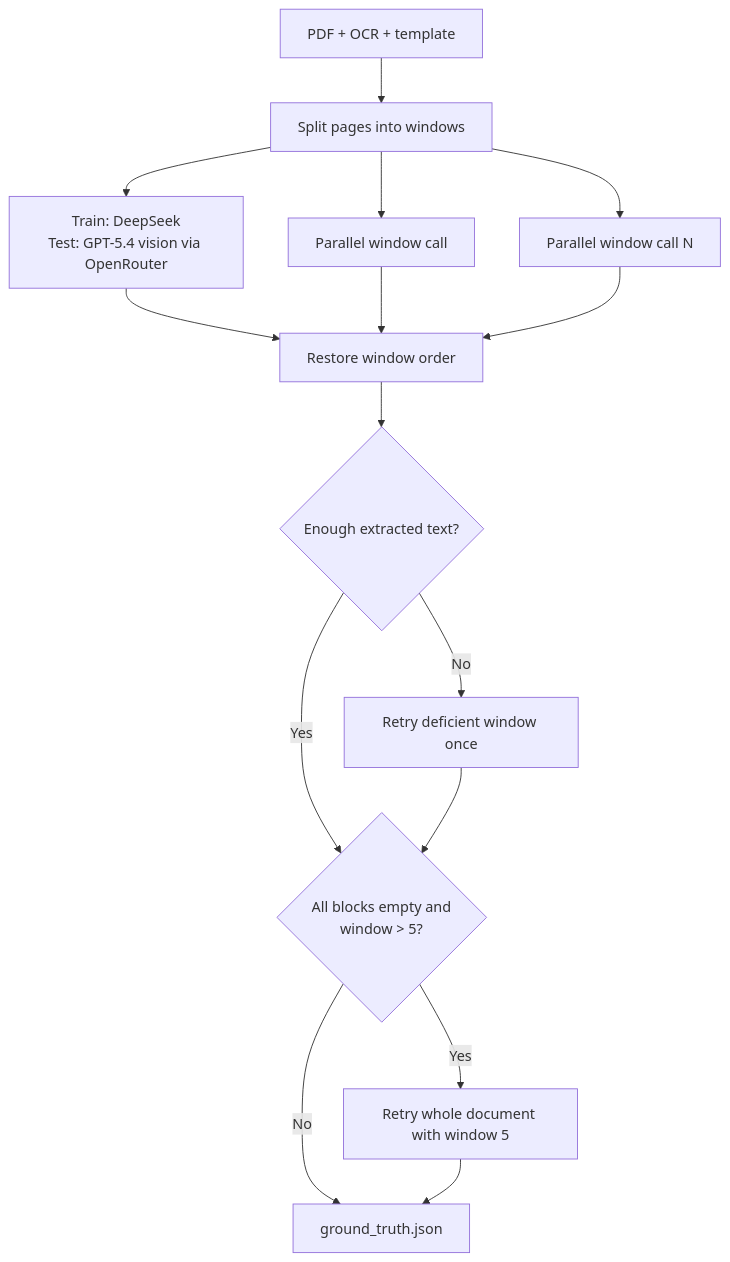
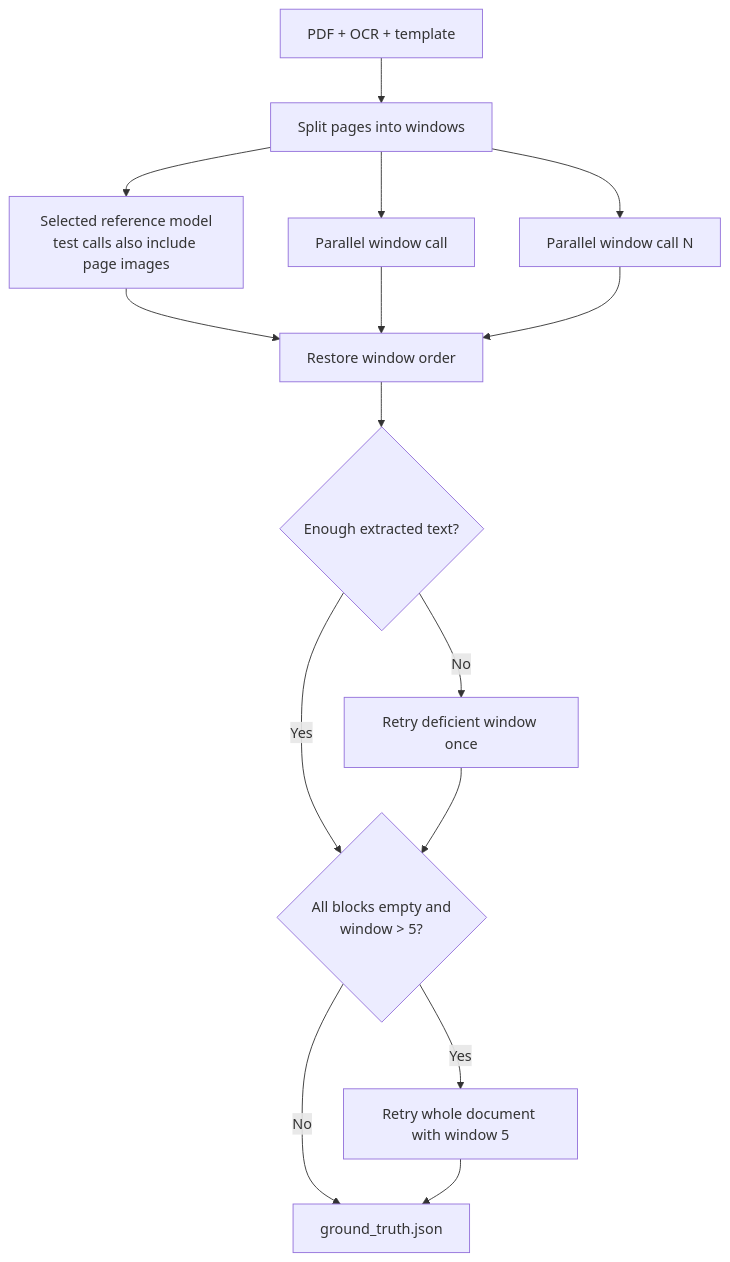
The fifth of 6 diagrams in README.md (riccardobollati/twix_2), drawn with Mermaid before and after one commit. The commit also changed other lines of this file and 37 other files, not shown here.

````diff
--- a/README.md
+++ b/README.md
@@ -412,17 +426,17 @@
 ```mermaid
 flowchart TD
     P["PDF + OCR + template"] --> W["Split pages into windows"]
-    W --> C1["Train: DeepSeek<br/>Test: GPT-5.4 vision via OpenRouter"]
+    W --> C1["Selected reference model<br/>test calls also include page images"]
     W --> C2["Parallel window call"]
     W --> CN["Parallel window call N"]
     C1 --> ORDER["Restore window order"]
     C2 --> ORDER
     CN --> ORDER
     ORDER --> COVER{"Enough extracted text?"}
     COVER -- No --> RETRY["Retry deficient window once"]
     COVER -- Yes --> EMPTY{"All blocks empty and<br/>window > 5?"}
     RETRY --> EMPTY
     EMPTY -- Yes --> SMALL["Retry whole document with window 5"]
     EMPTY -- No --> GT["ground_truth.json"]
     SMALL --> GT
 ```
````
